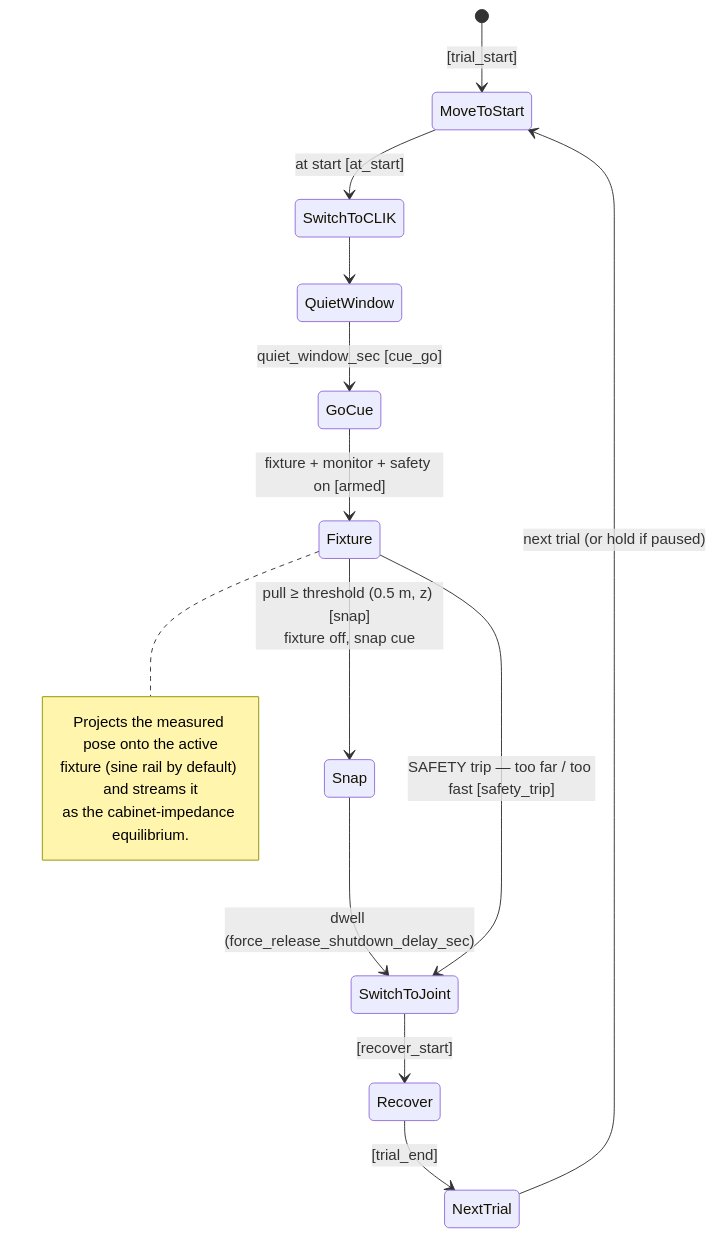
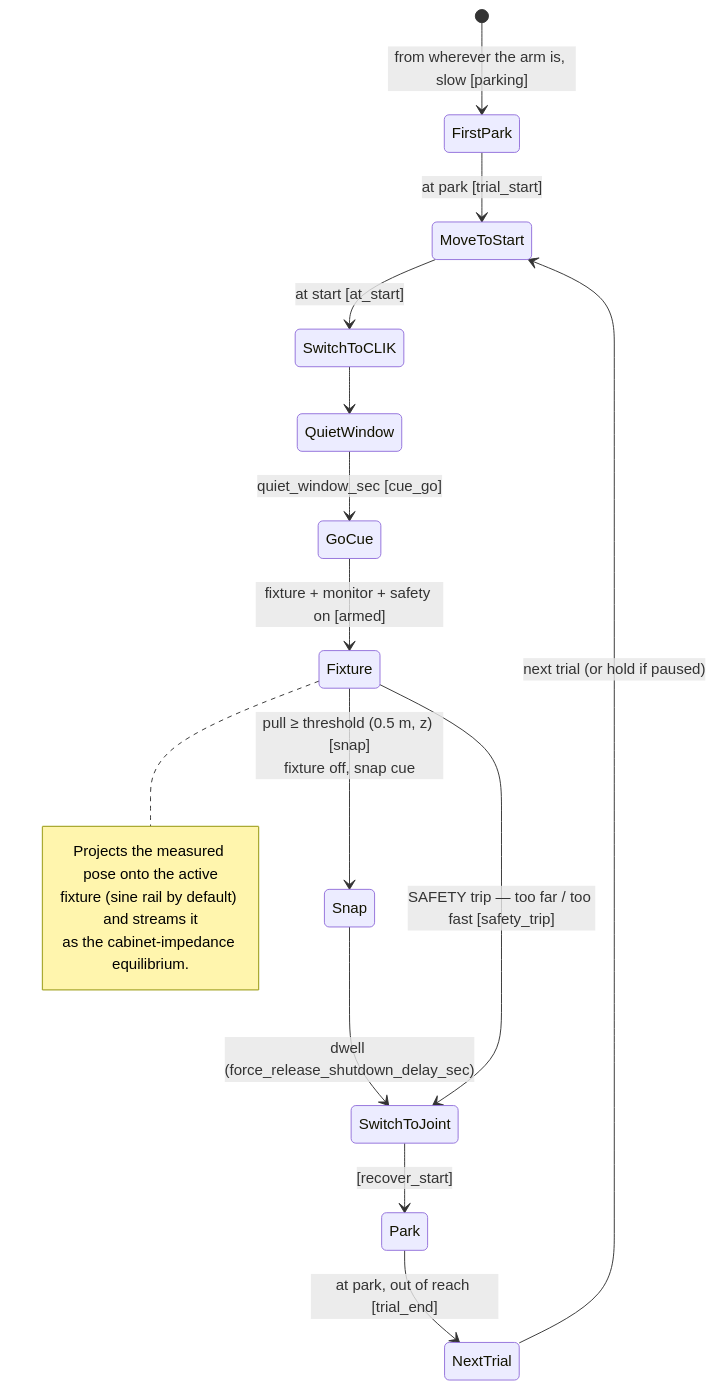
The fifth of 10 diagrams in README.md (sinthlab/sinthlab-kuka-stack), drawn with Mermaid before and after one commit. The commit also changed other lines of this file and 25 other files, not shown here.

Commit message:
move to park position between trials

````diff
--- a/README.md
+++ b/README.md
@@ -1597,19 +1644,20 @@
 ```mermaid
 stateDiagram-v2
-    [*] --> MoveToStart : [trial_start]
+    [*] --> FirstPark : from wherever the arm is, slow [parking]
+    FirstPark --> MoveToStart : at park [trial_start]
     MoveToStart --> SwitchToCLIK : at start [at_start]
     SwitchToCLIK --> QuietWindow
     QuietWindow --> GoCue : quiet_window_sec [cue_go]
     GoCue --> Fixture : fixture + monitor + safety on [armed]
     note right of Fixture
       Projects the measured pose onto the active
       fixture (sine rail by default) and streams it
       as the cabinet-impedance equilibrium.
     end note
     Fixture --> Snap : pull ≥ threshold (0.5 m, z) [snap]<br/>fixture off, snap cue
     Snap --> SwitchToJoint : dwell (force_release_shutdown_delay_sec)
     Fixture --> SwitchToJoint : SAFETY trip — too far / too fast [safety_trip]
-    SwitchToJoint --> Recover : [recover_start]
-    Recover --> NextTrial : [trial_end]
+    SwitchToJoint --> Park : [recover_start]
+    Park --> NextTrial : at park, out of reach [trial_end]
     NextTrial --> MoveToStart : next trial (or hold if paused)
 ```
````
